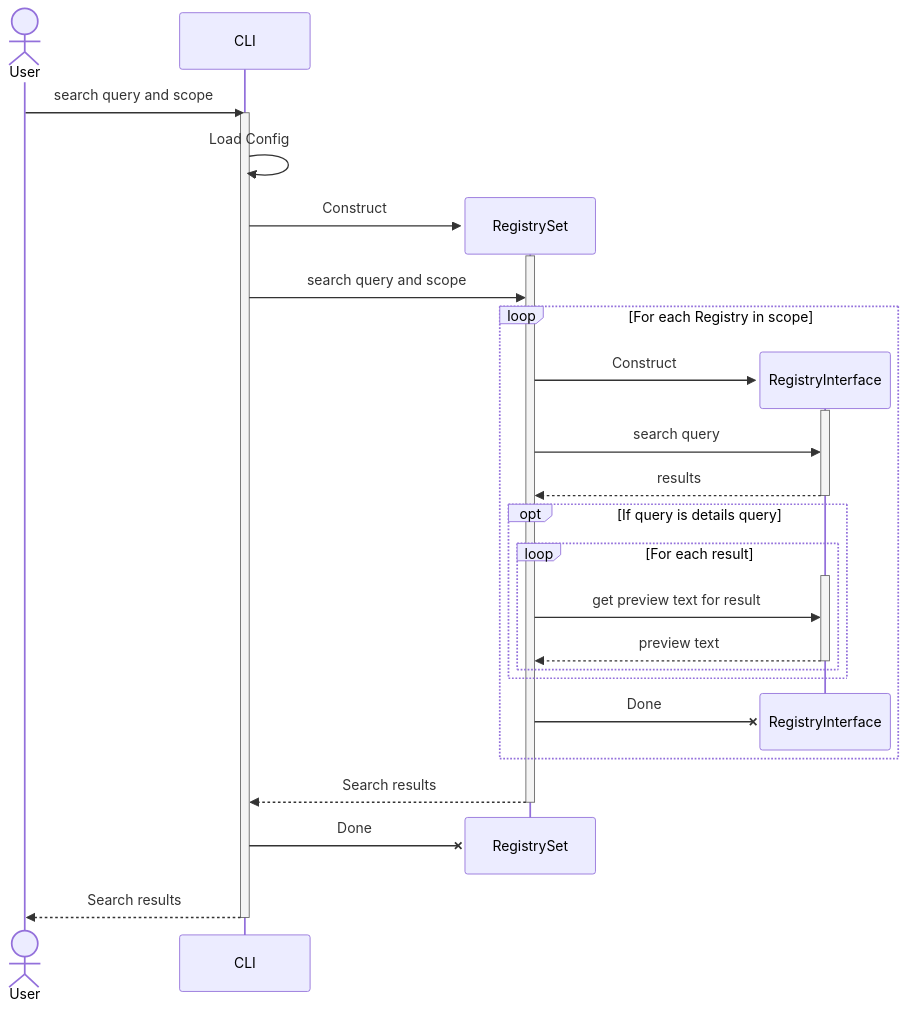
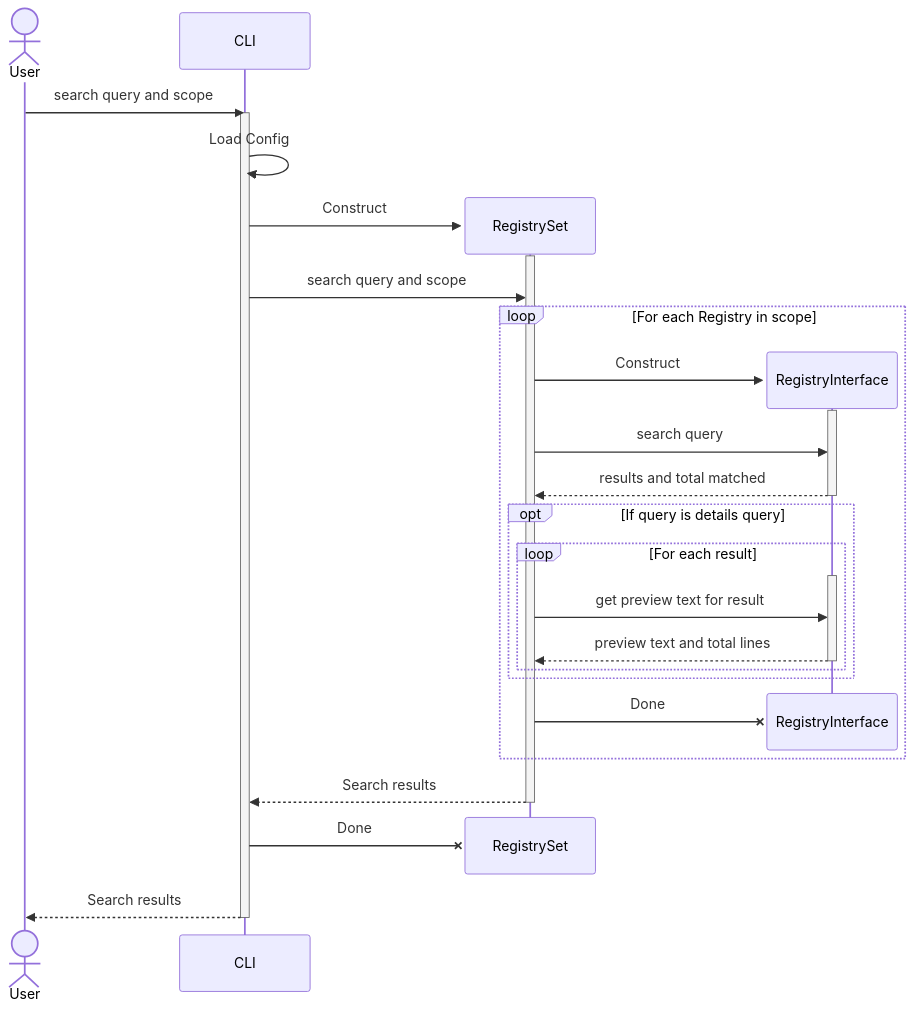
Before and after one commit to weaver-engineering/agent-plugins-docs: the second of 3 diagrams in docs/architecture/weaverdocs/ARCHITECTURE.md, drawn with Mermaid. The commit also changed other lines of this file and 7 other files, not shown here.

````diff
--- a/docs/architecture/weaverdocs/ARCHITECTURE.md
+++ b/docs/architecture/weaverdocs/ARCHITECTURE.md
@@ -140,37 +146,37 @@
 ```mermaid
 sequenceDiagram
     actor User
     participant CLI
     
     User->>CLI: search query and scope
     activate CLI
         CLI->>CLI: Load Config
         create participant RegistrySet
         CLI->>RegistrySet: Construct
             activate RegistrySet
                 CLI->>RegistrySet: search query and scope
                 loop For each Registry in scope
                     create participant RegistryInterface
                     RegistrySet->>RegistryInterface: Construct
                     activate RegistryInterface
                         RegistrySet->>RegistryInterface: search query
-                        RegistryInterface-->>RegistrySet: results
+                        RegistryInterface-->>RegistrySet: results and total matched
                     deactivate RegistryInterface    
                     opt If query is details query
                         loop For each result
                             activate RegistryInterface
                                 RegistrySet->>RegistryInterface: get preview text for result
-                                RegistryInterface-->>RegistrySet: preview text
+                                RegistryInterface-->>RegistrySet: preview text and total lines
                             deactivate RegistryInterface
                         end
                     end
                     destroy RegistryInterface
                     RegistrySet-xRegistryInterface:  Done
                 end
                 RegistrySet-->>CLI: Search results
             deactivate RegistrySet    
         destroy RegistrySet
         CLI-xRegistrySet: Done
         CLI-->>User: Search results
     deactivate CLI
 ```
````
